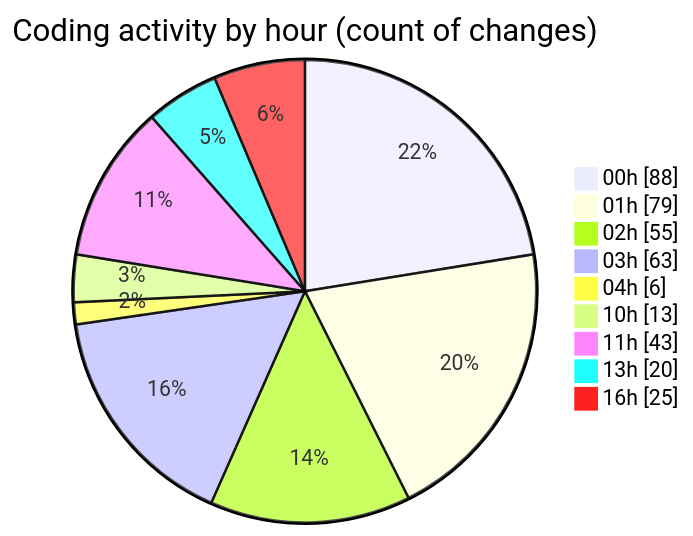
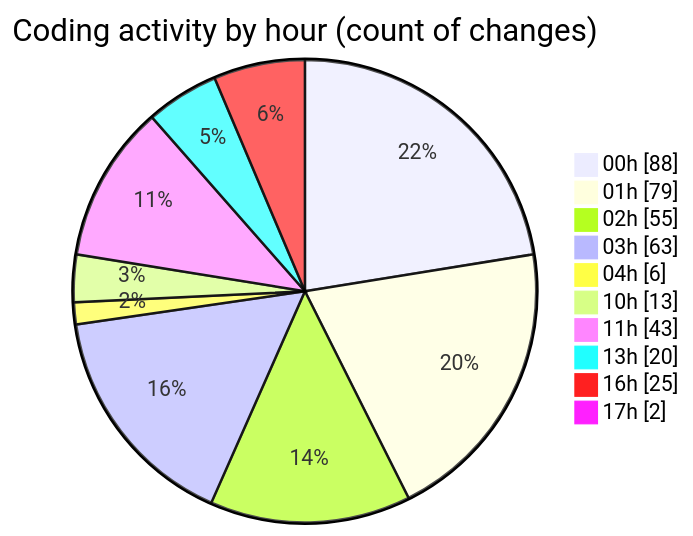
The second of 2 diagrams in 2025-08-16/rentotp/README.md (lephambinh05/code-tracking), drawn with Mermaid before and after one commit. The commit also changed other lines of this file and 1 other file, not shown here.

````diff
--- a/2025-08-16/rentotp/README.md
+++ b/2025-08-16/rentotp/README.md
@@ -96,13 +97,14 @@
 ```mermaid
 pie showData
 title Coding activity by hour (count of changes)
 "00h" : 88
 "01h" : 79
 "02h" : 55
 "03h" : 63
 "04h" : 6
 "10h" : 13
 "11h" : 43
 "13h" : 20
 "16h" : 25
+"17h" : 2
 ```
````
